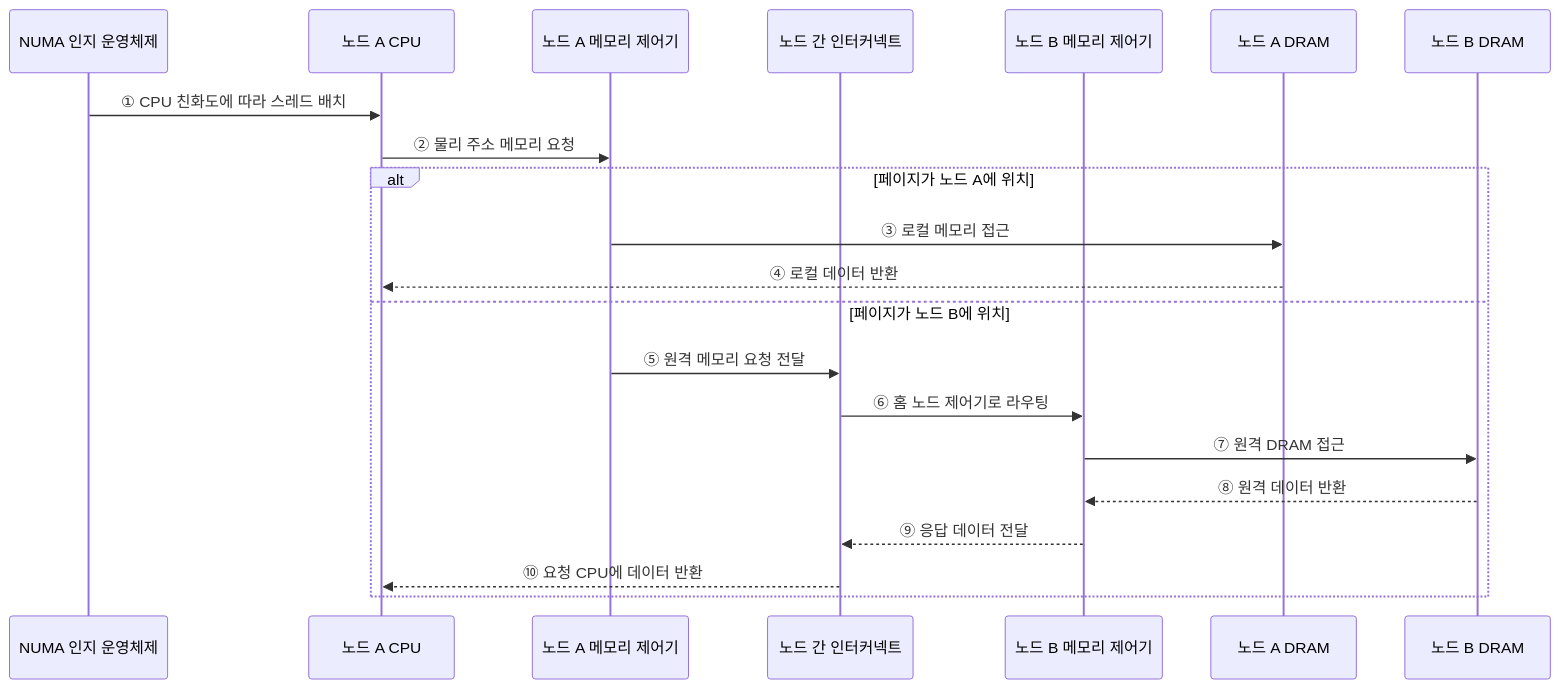
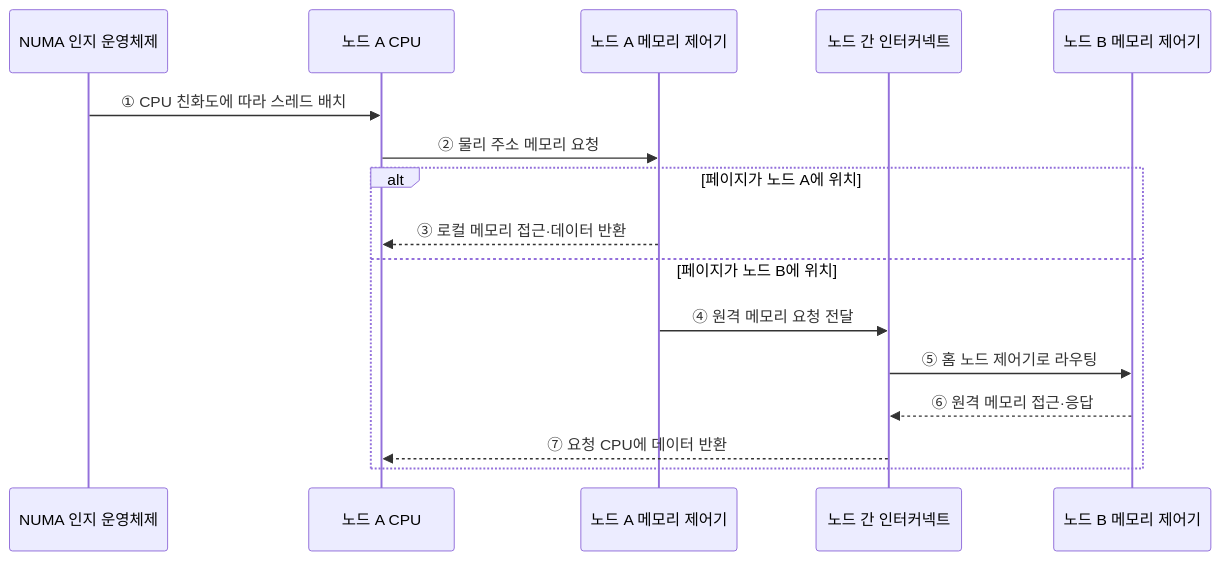
Before and after one commit to agnusdei1207/knowledge-base: the second of 2 diagrams in src/content/docs/notes/02-hardware/021_numa.md, drawn with Mermaid. The commit also changed other lines of this file and 20 other files, not shown here.

````diff
--- a/src/content/docs/notes/02-hardware/021_numa.md
+++ b/src/content/docs/notes/02-hardware/021_numa.md
@@ -85,24 +76,19 @@
 ```mermaid
 sequenceDiagram
     participant O as NUMA 인지 운영체제
     participant C as 노드 A CPU
     participant A as 노드 A 메모리 제어기
     participant I as 노드 간 인터커넥트
     participant B as 노드 B 메모리 제어기
-    participant MA as 노드 A DRAM
-    participant MB as 노드 B DRAM
 
     O->>C: ① CPU 친화도에 따라 스레드 배치
     C->>A: ② 물리 주소 메모리 요청
     alt 페이지가 노드 A에 위치
-        A->>MA: ③ 로컬 메모리 접근
-        MA-->>C: ④ 로컬 데이터 반환
+        A-->>C: ③ 로컬 메모리 접근·데이터 반환
     else 페이지가 노드 B에 위치
-        A->>I: ⑤ 원격 메모리 요청 전달
-        I->>B: ⑥ 홈 노드 제어기로 라우팅
-        B->>MB: ⑦ 원격 DRAM 접근
-        MB-->>B: ⑧ 원격 데이터 반환
-        B-->>I: ⑨ 응답 데이터 전달
-        I-->>C: ⑩ 요청 CPU에 데이터 반환
+        A->>I: ④ 원격 메모리 요청 전달
+        I->>B: ⑤ 홈 노드 제어기로 라우팅
+        B-->>I: ⑥ 원격 메모리 접근·응답
+        I-->>C: ⑦ 요청 CPU에 데이터 반환
     end
 ```
````
